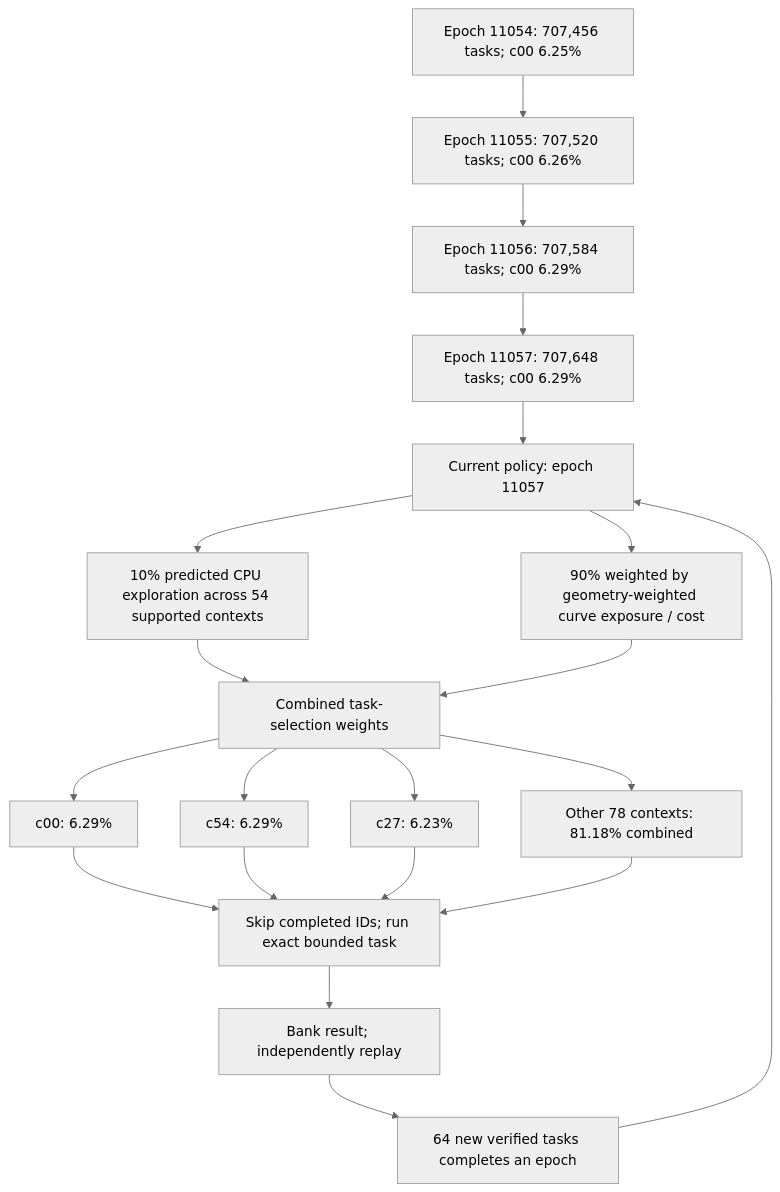
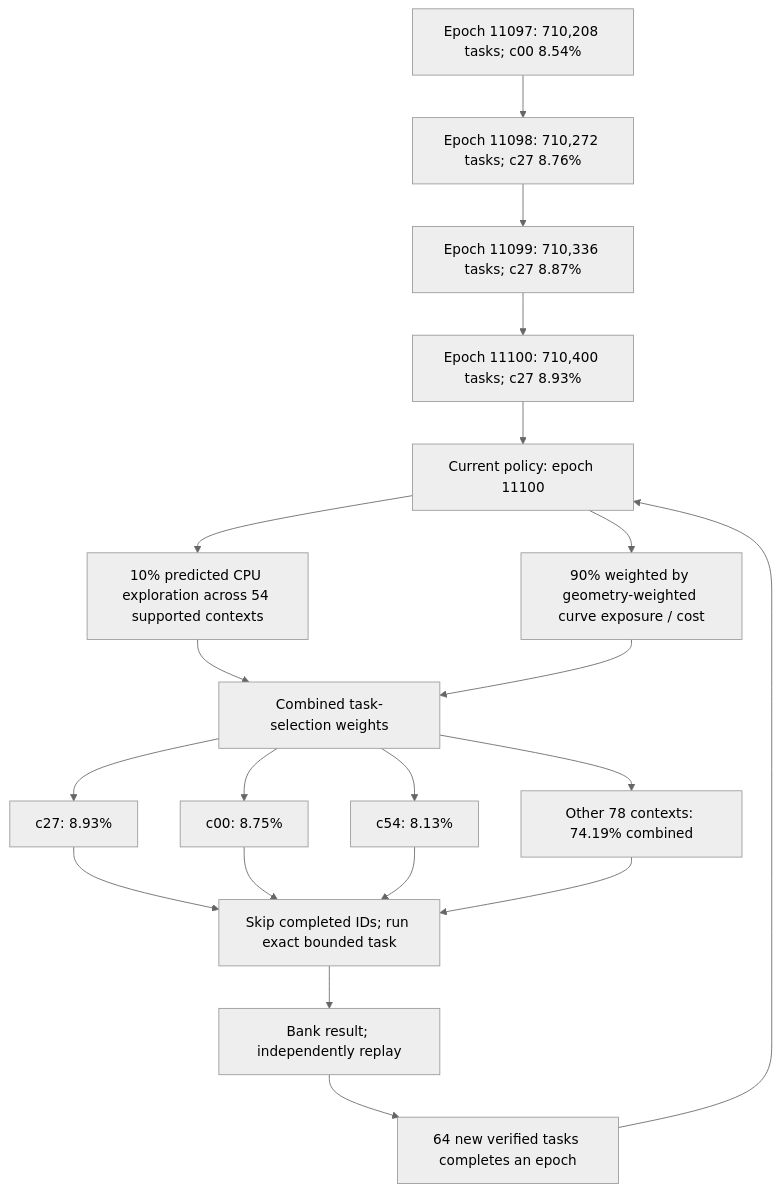
Before and after one commit to Kuberwastaken/math-gambling: the first of 4 diagrams in README.md, drawn with Mermaid (neutral theme). The commit also changed other lines of this file and 6063 other files, not shown here.

````diff
--- a/README.md
+++ b/README.md
@@ -60,27 +60,27 @@
 ```mermaid
 flowchart TD
-    H0["Epoch 11054: 707,456 tasks; c00 6.25%"]
-    H1["Epoch 11055: 707,520 tasks; c00 6.26%"]
+    H0["Epoch 11097: 710,208 tasks; c00 8.54%"]
+    H1["Epoch 11098: 710,272 tasks; c27 8.76%"]
     H0 --> H1
-    H2["Epoch 11056: 707,584 tasks; c00 6.29%"]
+    H2["Epoch 11099: 710,336 tasks; c27 8.87%"]
     H1 --> H2
-    H3["Epoch 11057: 707,648 tasks; c00 6.29%"]
+    H3["Epoch 11100: 710,400 tasks; c27 8.93%"]
     H2 --> H3
-    Policy["Current policy: epoch 11057"]
+    Policy["Current policy: epoch 11100"]
     H3 --> Policy
     Policy --> Explore["10% predicted CPU exploration across 54 supported contexts"]
     Policy --> Cost["90% weighted by geometry-weighted curve exposure / cost"]
     Explore --> Mix["Combined task-selection weights"]
     Cost --> Mix
-    Mix --> C0["c00: 6.29%"]
-    Mix --> C1["c54: 6.29%"]
-    Mix --> C2["c27: 6.23%"]
-    Mix --> Rest["Other 78 contexts: 81.18% combined"]
+    Mix --> C0["c27: 8.93%"]
+    Mix --> C1["c00: 8.75%"]
+    Mix --> C2["c54: 8.13%"]
+    Mix --> Rest["Other 78 contexts: 74.19% combined"]
     C0 --> Check["Skip completed IDs; run exact bounded task"]
     C1 --> Check
     C2 --> Check
     Rest --> Check
     Check --> Replay["Bank result; independently replay"]
     Replay --> Gate["64 new verified tasks completes an epoch"]
     Gate --> Policy
 ```
````
